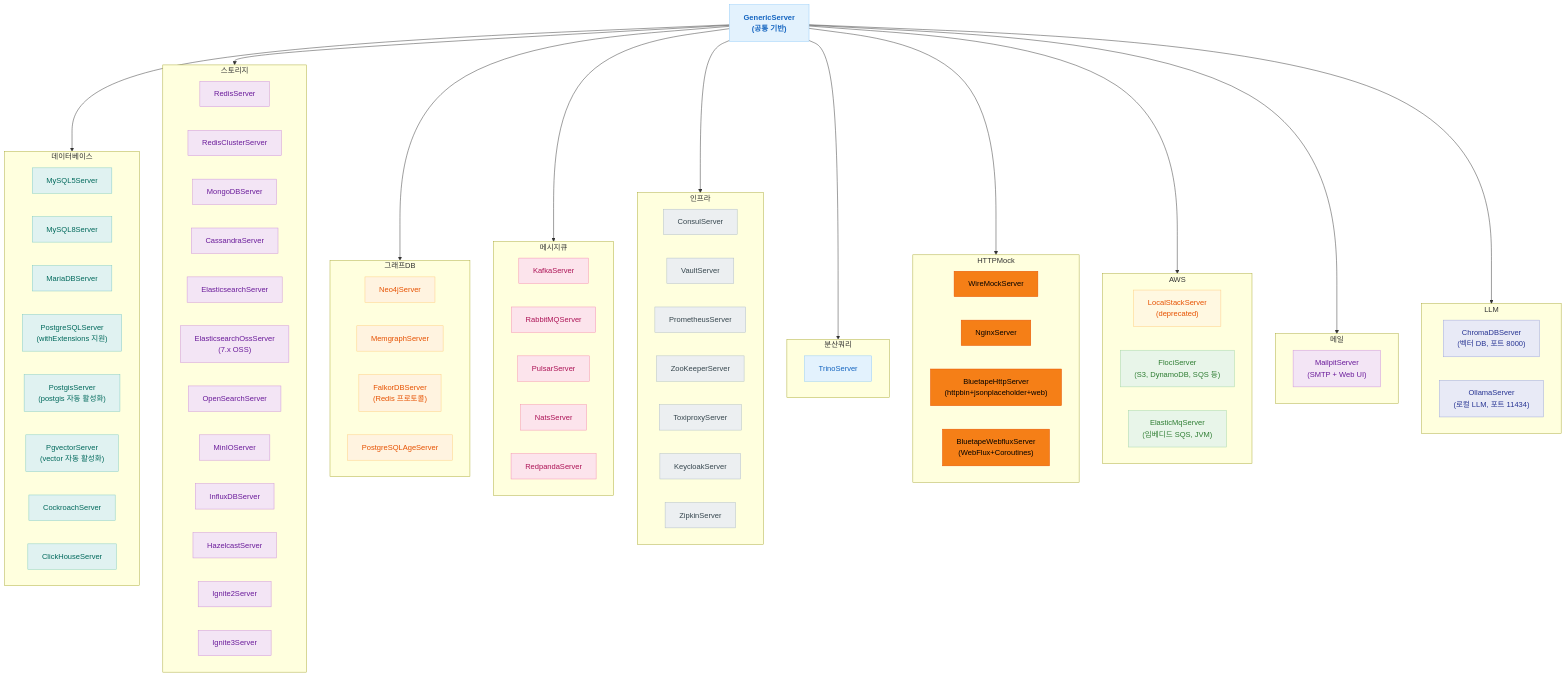
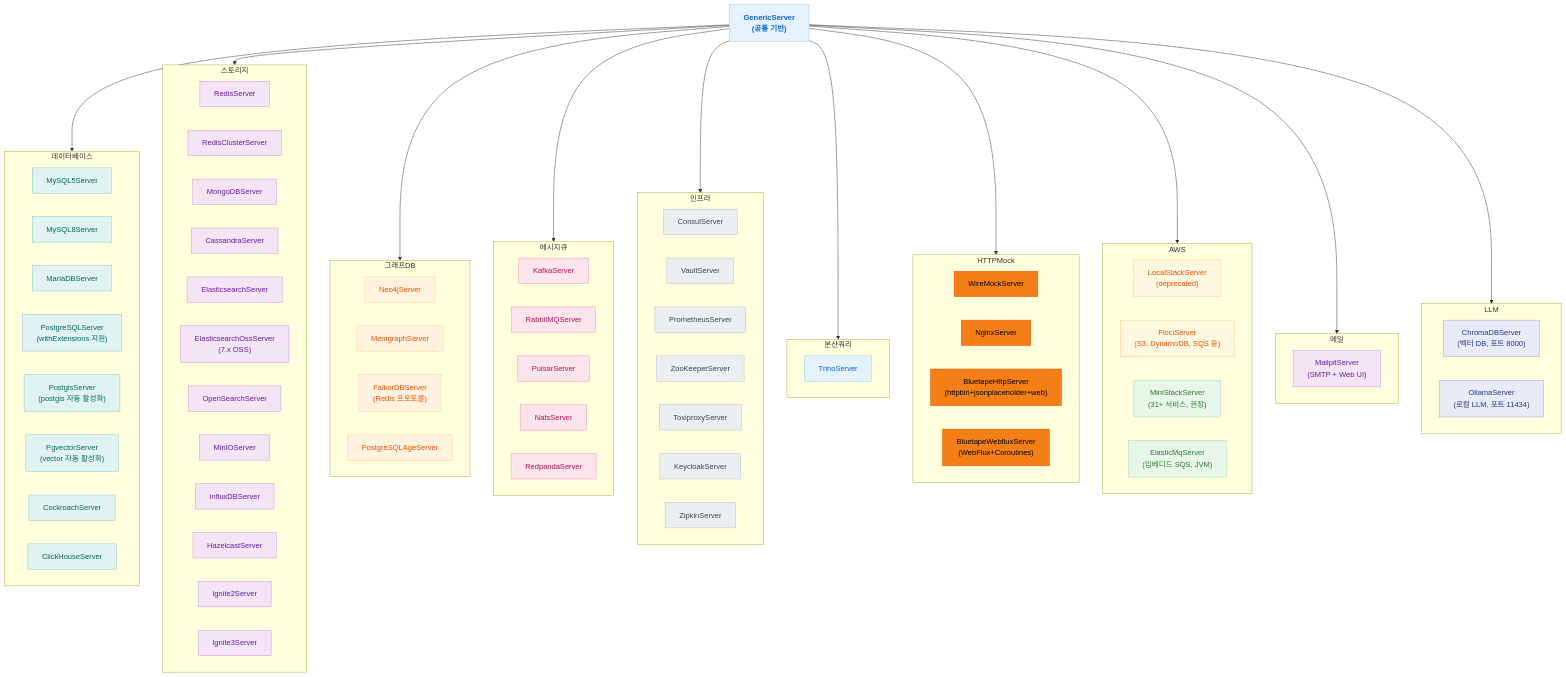
The third of 4 diagrams in testing/testcontainers/README.ko.md (bluetape4k/bluetape4k-projects), drawn with Mermaid before and after one commit. The commit also changed other lines of this file and 16 other files, not shown here.

First line of the commit message:
feat: MiniStack AWS 에뮬레이터 서버 도입 (ministackorg/ministack:1.3.14) (#209)

````diff
--- a/testing/testcontainers/README.ko.md
+++ b/testing/testcontainers/README.ko.md
@@ -213,6 +219,7 @@
     subgraph AWS
         LS["LocalStackServer\n(deprecated)"]
         FC["FlociServer\n(S3, DynamoDB, SQS 등)"]
+        MS["MiniStackServer\n(31+ 서비스, 권장)"]
         EMQ["ElasticMqServer\n(임베디드 SQS, JVM)"]
     end
 
@@ -253,7 +260,8 @@
     class TR sqlStyle
     class WM,NG,BHS,BWS mockStyle
     class LS deprecatedStyle
-    class FC,EMQ awsStyle
+    class FC deprecatedStyle
+    class MS,EMQ awsStyle
     class MP mailStyle
     class CDB,OL llmStyle
 ```
````
